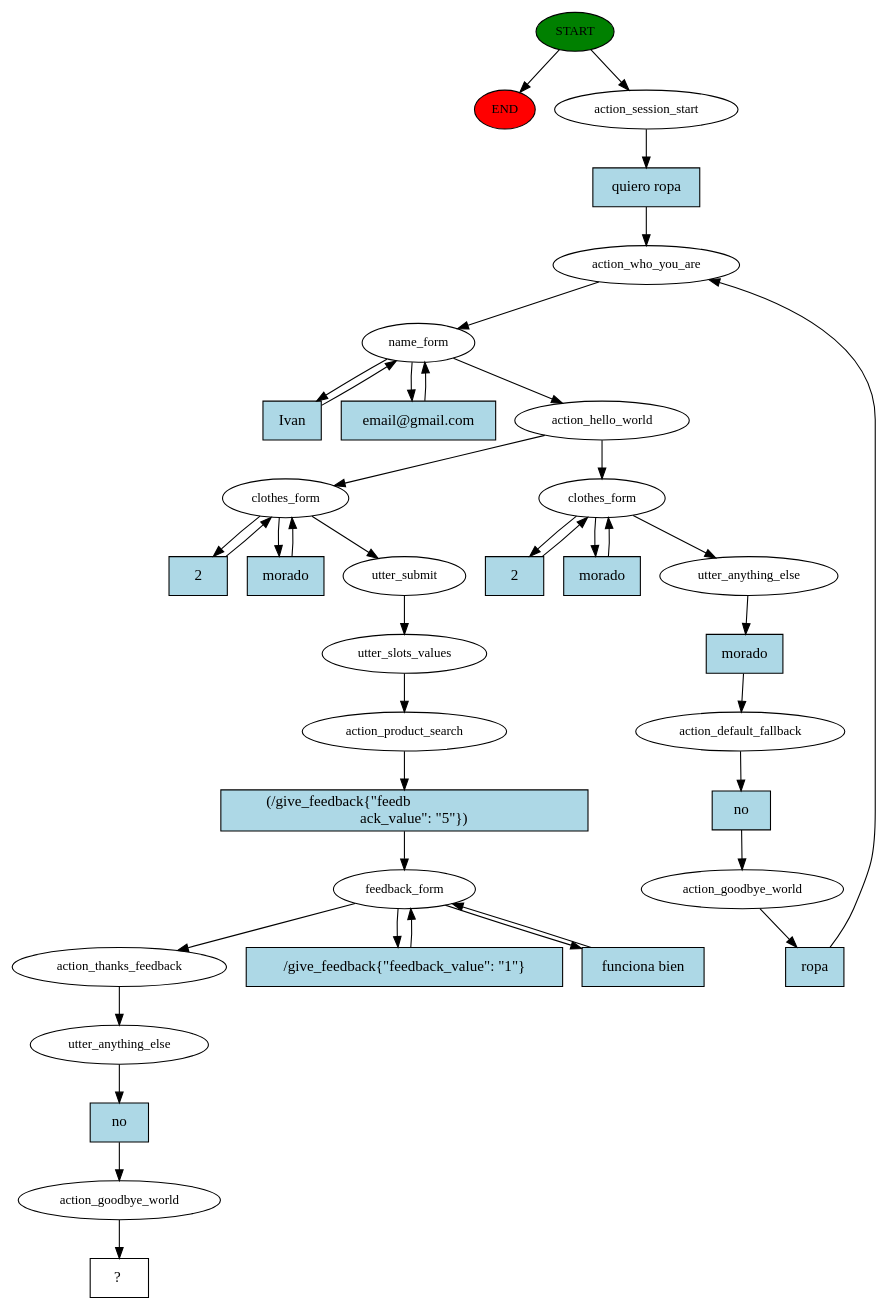
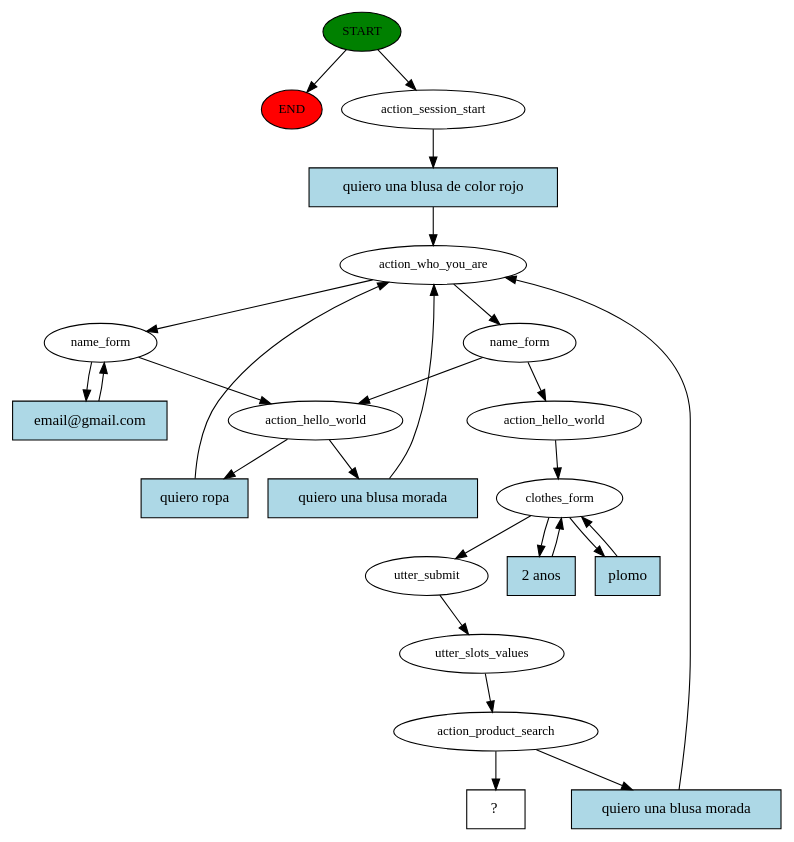
Before and after one commit to kabirivan/Ecommerce-Assistant-Jasmine: the diagram in story_graph.dot, drawn with Graphviz. The commit also changed 7 other files, not shown here.

```diff
--- a/story_graph.dot
+++ b/story_graph.dot
@@ -1,76 +1,48 @@
 digraph  {
 0 [class="start active", fillcolor=green, fontsize=12, label=START, style=filled];
 "-1" [class=end, fillcolor=red, fontsize=12, label=END, style=filled];
 1 [class=active, fontsize=12, label=action_session_start];
 2 [class=active, fontsize=12, label=action_who_you_are];
 3 [class=active, fontsize=12, label=name_form];
 6 [class=active, fontsize=12, label=action_hello_world];
-7 [class=active, fontsize=12, label=clothes_form];
-12 [class=active, fontsize=12, label=utter_anything_else];
-13 [class=active, fontsize=12, label=action_default_fallback];
-14 [class=active, fontsize=12, label=action_goodbye_world];
-18 [class=active, fontsize=12, label=clothes_form];
-23 [class=active, fontsize=12, label=utter_submit];
-24 [class=active, fontsize=12, label=utter_slots_values];
-25 [class=active, fontsize=12, label=action_product_search];
-26 [class=active, fontsize=12, label=feedback_form];
-29 [class=active, fontsize=12, label=action_thanks_feedback];
-30 [class=active, fontsize=12, label=utter_anything_else];
-31 [class=active, fontsize=12, label=action_goodbye_world];
-32 [class="intent dashed active", label="  ?  ", shape=rect];
-33 [class="intent active", fillcolor=lightblue, label="quiero ropa", shape=rect, style=filled];
-34 [class="intent active", fillcolor=lightblue, label=Ivan, shape=rect, style=filled];
-35 [class="intent active", fillcolor=lightblue, label="email@gmail.com", shape=rect, style=filled];
-36 [class="intent active", fillcolor=lightblue, label=2, shape=rect, style=filled];
-37 [class="intent active", fillcolor=lightblue, label=morado, shape=rect, style=filled];
-38 [class="intent active", fillcolor=lightblue, label=morado, shape=rect, style=filled];
-39 [class="intent active", fillcolor=lightblue, label=no, shape=rect, style=filled];
-40 [class="intent active", fillcolor=lightblue, label=ropa, shape=rect, style=filled];
-41 [class="intent active", fillcolor=lightblue, label=2, shape=rect, style=filled];
-42 [class="intent active", fillcolor=lightblue, label=morado, shape=rect, style=filled];
-43 [class="intent active", fillcolor=lightblue, label="(/give_feedback{\"feedb                                   \n      ack_value\": \"5\"})", shape=rect, style=filled];
-44 [class="intent active", fillcolor=lightblue, label="/give_feedback{\"feedback_value\": \"1\"}", shape=rect, style=filled];
-45 [class="intent active", fillcolor=lightblue, label="funciona bien", shape=rect, style=filled];
-46 [class="intent active", fillcolor=lightblue, label=no, shape=rect, style=filled];
+8 [class=active, fontsize=12, label=name_form];
+9 [class=active, fontsize=12, label=action_hello_world];
+10 [class=active, fontsize=12, label=clothes_form];
+15 [class=active, fontsize=12, label=utter_submit];
+16 [class=active, fontsize=12, label=utter_slots_values];
+17 [class=active, fontsize=12, label=action_product_search];
+28 [class="intent dashed active", label="  ?  ", shape=rect];
+29 [class="intent active", fillcolor=lightblue, label="quiero una blusa de color rojo", shape=rect, style=filled];
+30 [class="intent active", fillcolor=lightblue, label="email@gmail.com", shape=rect, style=filled];
+31 [class="intent active", fillcolor=lightblue, label="quiero ropa", shape=rect, style=filled];
+32 [class="intent active", fillcolor=lightblue, label="quiero una blusa morada", shape=rect, style=filled];
+33 [class="intent active", fillcolor=lightblue, label="2 anos", shape=rect, style=filled];
+34 [class="intent active", fillcolor=lightblue, label=plomo, shape=rect, style=filled];
+35 [class="intent active", fillcolor=lightblue, label="quiero una blusa morada", shape=rect, style=filled];
 0 -> "-1"  [class="", key=NONE, label=""];
 0 -> 1  [class=active, key=NONE, label=""];
-1 -> 33  [class=active, key=0];
+1 -> 29  [class=active, key=0];
 2 -> 3  [class=active, key=NONE, label=""];
+2 -> 8  [class=active, key=NONE, label=""];
 3 -> 6  [class=active, key=NONE, label=""];
-3 -> 34  [class=active, key=0];
-3 -> 35  [class=active, key=0];
-6 -> 7  [class=active, key=NONE, label=""];
-6 -> 18  [class=active, key=NONE, label=""];
-7 -> 12  [class=active, key=NONE, label=""];
-7 -> 36  [class=active, key=0];
-7 -> 37  [class=active, key=0];
-12 -> 38  [class=active, key=0];
-13 -> 39  [class=active, key=0];
-14 -> 40  [class=active, key=0];
-18 -> 23  [class=active, key=NONE, label=""];
-18 -> 41  [class=active, key=0];
-18 -> 42  [class=active, key=0];
-23 -> 24  [class=active, key=NONE, label=""];
-24 -> 25  [class=active, key=NONE, label=""];
-25 -> 43  [class=active, key=0];
-26 -> 29  [class=active, key=NONE, label=""];
-26 -> 44  [class=active, key=0];
-26 -> 45  [class=active, key=0];
-29 -> 30  [class=active, key=NONE, label=""];
-30 -> 46  [class=active, key=0];
-31 -> 32  [class=active, key=NONE, label=""];
-33 -> 2  [class=active, key=0];
-34 -> 3  [class=active, key=0];
-35 -> 3  [class=active, key=0];
-36 -> 7  [class=active, key=0];
-37 -> 7  [class=active, key=0];
-38 -> 13  [class=active, key=0];
-39 -> 14  [class=active, key=0];
-40 -> 2  [class=active, key=0];
-41 -> 18  [class=active, key=0];
-42 -> 18  [class=active, key=0];
-43 -> 26  [class=active, key=0];
-44 -> 26  [class=active, key=0];
-45 -> 26  [class=active, key=0];
-46 -> 31  [class=active, key=0];
+3 -> 30  [class=active, key=0];
+6 -> 31  [class=active, key=0];
+6 -> 32  [class=active, key=0];
+8 -> 9  [class=active, key=NONE, label=""];
+8 -> 6  [class=active, key=NONE, label=""];
+9 -> 10  [class=active, key=NONE, label=""];
+10 -> 15  [class=active, key=NONE, label=""];
+10 -> 33  [class=active, key=0];
+10 -> 34  [class=active, key=0];
+15 -> 16  [class=active, key=NONE, label=""];
+16 -> 17  [class=active, key=NONE, label=""];
+17 -> 28  [class=active, key=NONE, label=""];
+17 -> 35  [class=active, key=0];
+29 -> 2  [class=active, key=0];
+30 -> 3  [class=active, key=0];
+31 -> 2  [class=active, key=0];
+32 -> 2  [class=active, key=0];
+33 -> 10  [class=active, key=0];
+34 -> 10  [class=active, key=0];
+35 -> 2  [class=active, key=0];
 }
```
